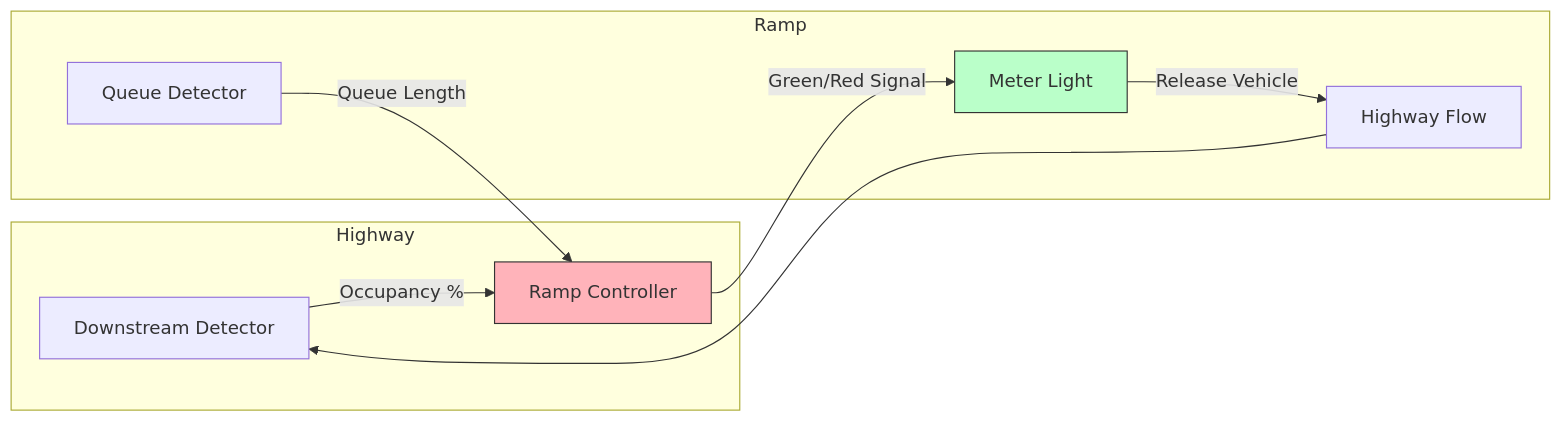
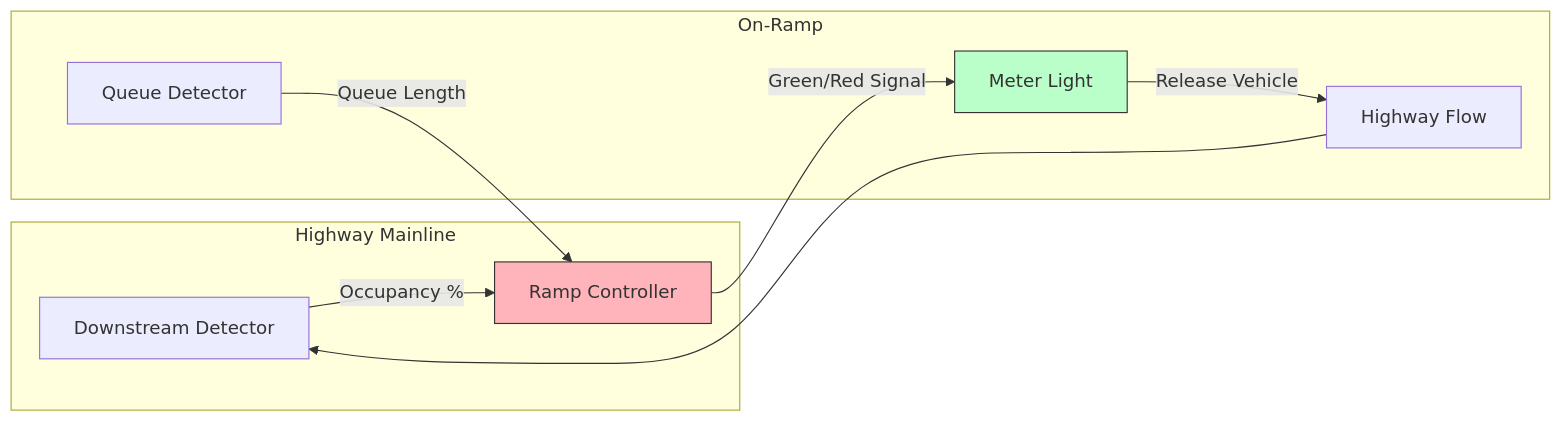
Before and after one commit to mahbubchula/ITS-Course-by-Mahbub-Hassan: the first of 2 diagrams in docs/modules/module-02-tms.md, drawn with Mermaid.

Commit message:
Fix Mermaid syntax in Module 2

````diff
--- a/docs/modules/module-02-tms.md
+++ b/docs/modules/module-02-tms.md
@@ -42,17 +42,17 @@
 ```mermaid
 graph LR
-    subgraph Highway
+    subgraph Highway ["Highway Mainline"]
     D[Downstream Detector] -->|Occupancy %| C[Ramp Controller]
     end
     
-    subgraph Ramp
+    subgraph Ramp ["On-Ramp"]
     Q[Queue Detector] -->|Queue Length| C
     C -->|Green/Red Signal| L[Meter Light]
     L -->|Release Vehicle| H[Highway Flow]
     end
     
     H --> D
     
     style C fill:#ffb3ba,stroke:#333
     style L fill:#baffc9,stroke:#333
 ```
````
